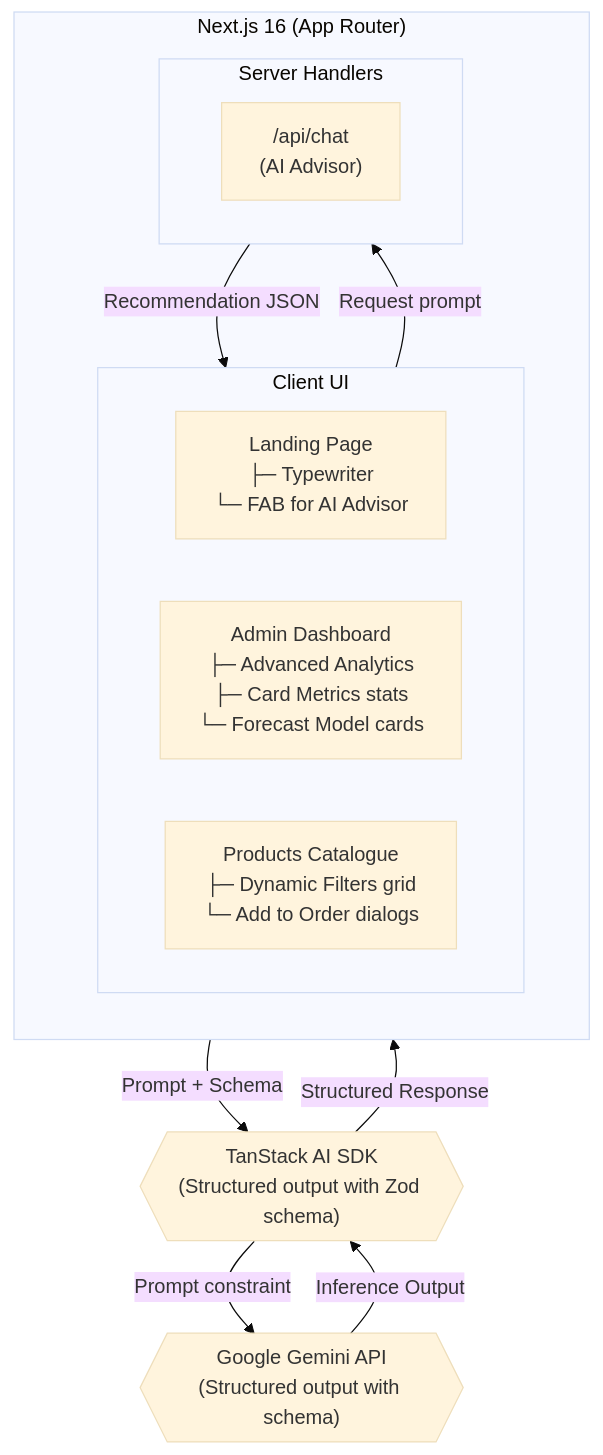
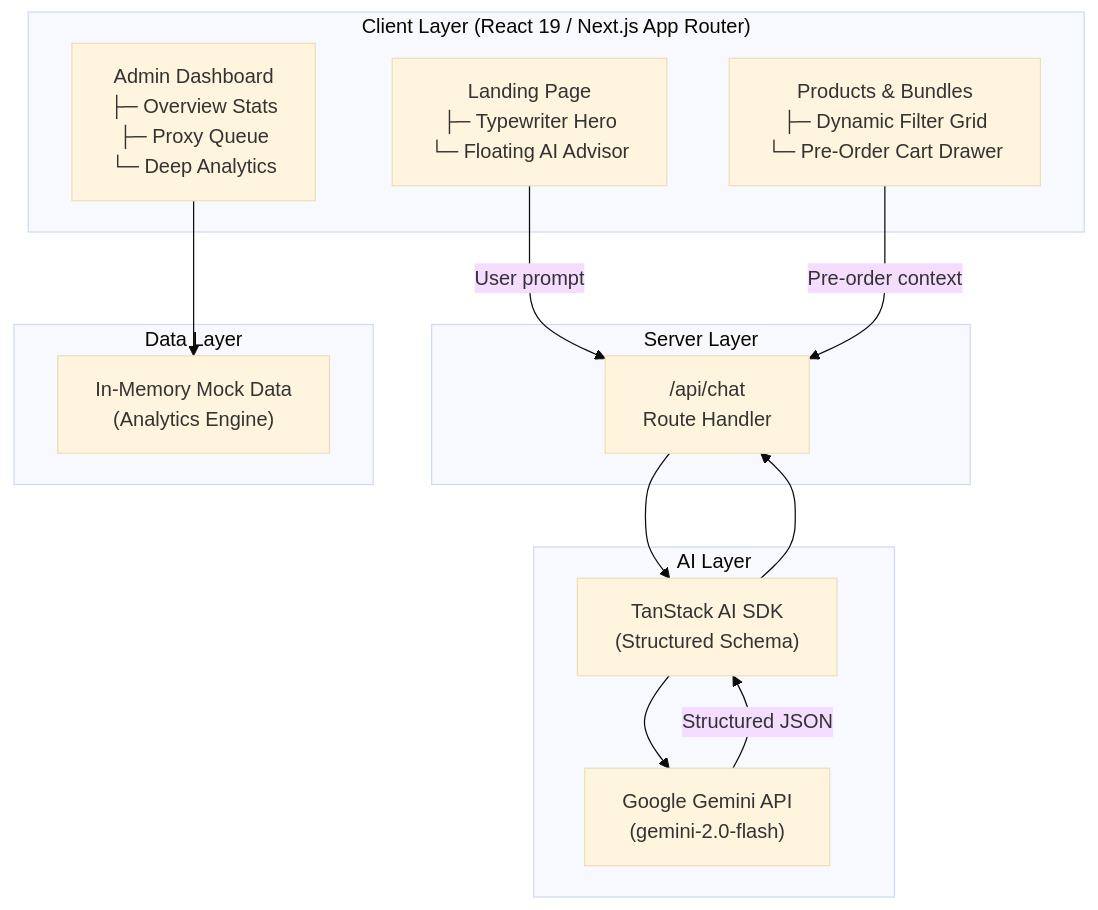
One commit to Reypirate/DBTT-Project-II changed the second of 2 diagrams in README.md. Above: the diagram before and after it, drawn with Mermaid (base theme). The commit also changed other lines of this file and 9 other files, not shown here.

````diff
--- a/README.md
+++ b/README.md
@@ -13,30 +234,28 @@
 ```mermaid
 flowchart TD
-    subgraph NextJS["Next.js 16 (App Router)"]
-        direction TB
-
-        subgraph Pages["Client UI"]
-            direction LR
-            Landing["Landing Page<br/>├─ Typewriter<br/>└─ FAB for AI Advisor"]
-            Dashboard["Admin Dashboard<br/>├─ Advanced Analytics<br/>├─ Card Metrics stats<br/>└─ Forecast Model cards"]
-            Catalogue["Products Catalogue<br/>├─ Dynamic Filters grid<br/>└─ Add to Order dialogs"]
-        end
-
-        subgraph Server["Server Handlers"]
-            direction LR
-            ChatAPI["/api/chat<br/>(AI Advisor)"]
-        end
-
-    Pages -- "Request prompt" --> Server
-    Server -- "Recommendation JSON" --> Pages
+    subgraph Client["Client Layer (React 19 / Next.js App Router)"]
+        Landing["Landing Page\n├─ Typewriter Hero\n└─ Floating AI Advisor"]
+        Catalogue["Products & Bundles\n├─ Dynamic Filter Grid\n└─ Pre-Order Cart Drawer"]
+        Admin["Admin Dashboard\n├─ Overview Stats\n├─ Proxy Queue\n└─ Deep Analytics"]
     end
 
-    TanstackAI{{"TanStack AI SDK<br/>(Structured output with Zod schema)"}}
-    Gemini{{"Google Gemini API<br/>(Structured output with schema)"}}
+    subgraph Server["Server Layer"]
+        ChatAPI["/api/chat\nRoute Handler"]
+    end
 
-    ChatAPI -- "Prompt + Schema" --> TanstackAI
-    TanstackAI -- "Structured Response" --> ChatAPI
+    subgraph AI["AI Layer"]
+        TanstackAI["TanStack AI SDK\n(Structured Schema)"]
+        Gemini["Google Gemini API\n(gemini-2.0-flash)"]
+    end
 
-    TanstackAI -- "Prompt constraint" --> Gemini
-    Gemini -- "Inference Output" --> TanstackAI
+    subgraph Data["Data Layer"]
+        MockData["In-Memory Mock Data\n(Analytics Engine)"]
+    end
+
+    Landing -->|User prompt| ChatAPI
+    Catalogue -->|Pre-order context| ChatAPI
+    ChatAPI --> TanstackAI --> Gemini
+    Gemini -->|Structured JSON| TanstackAI --> ChatAPI
+
+    Admin --> MockData
 ```
````
